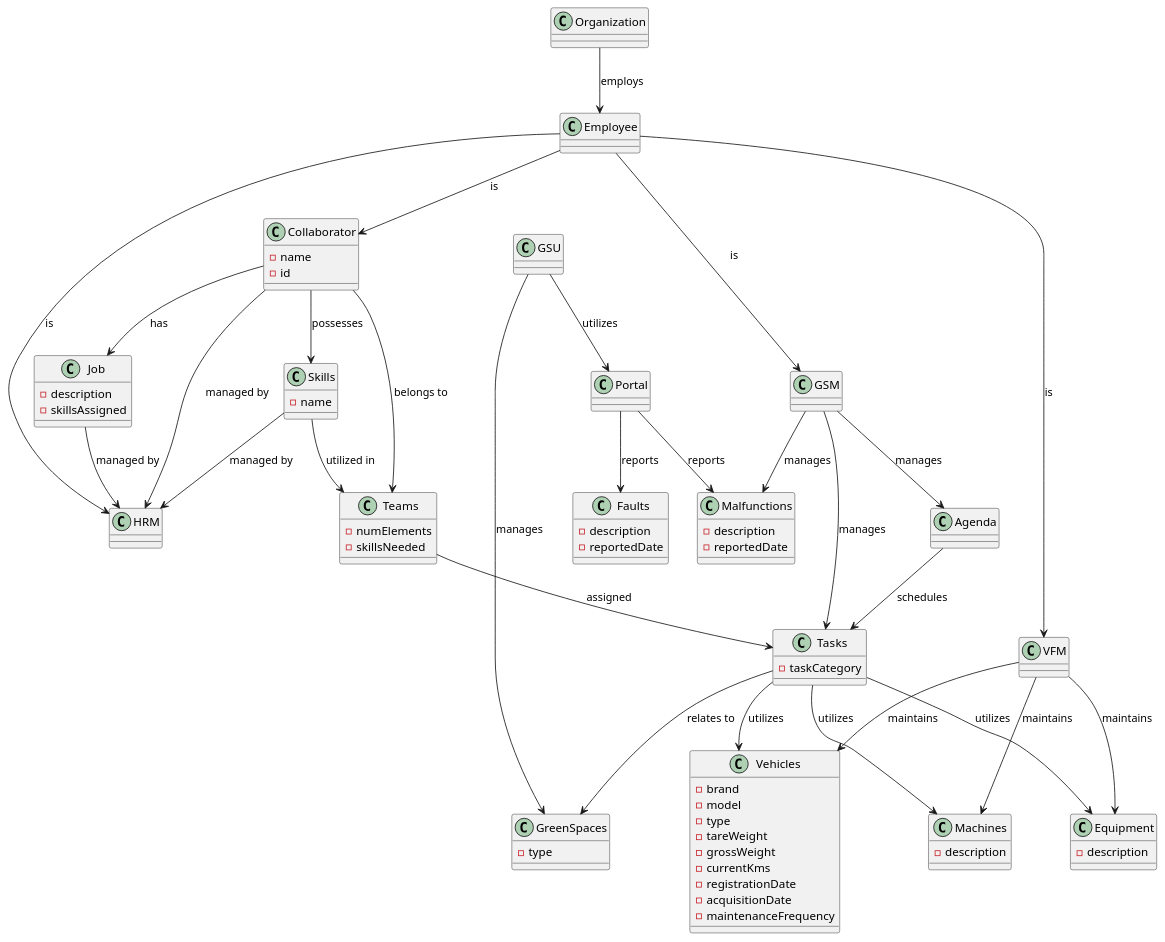
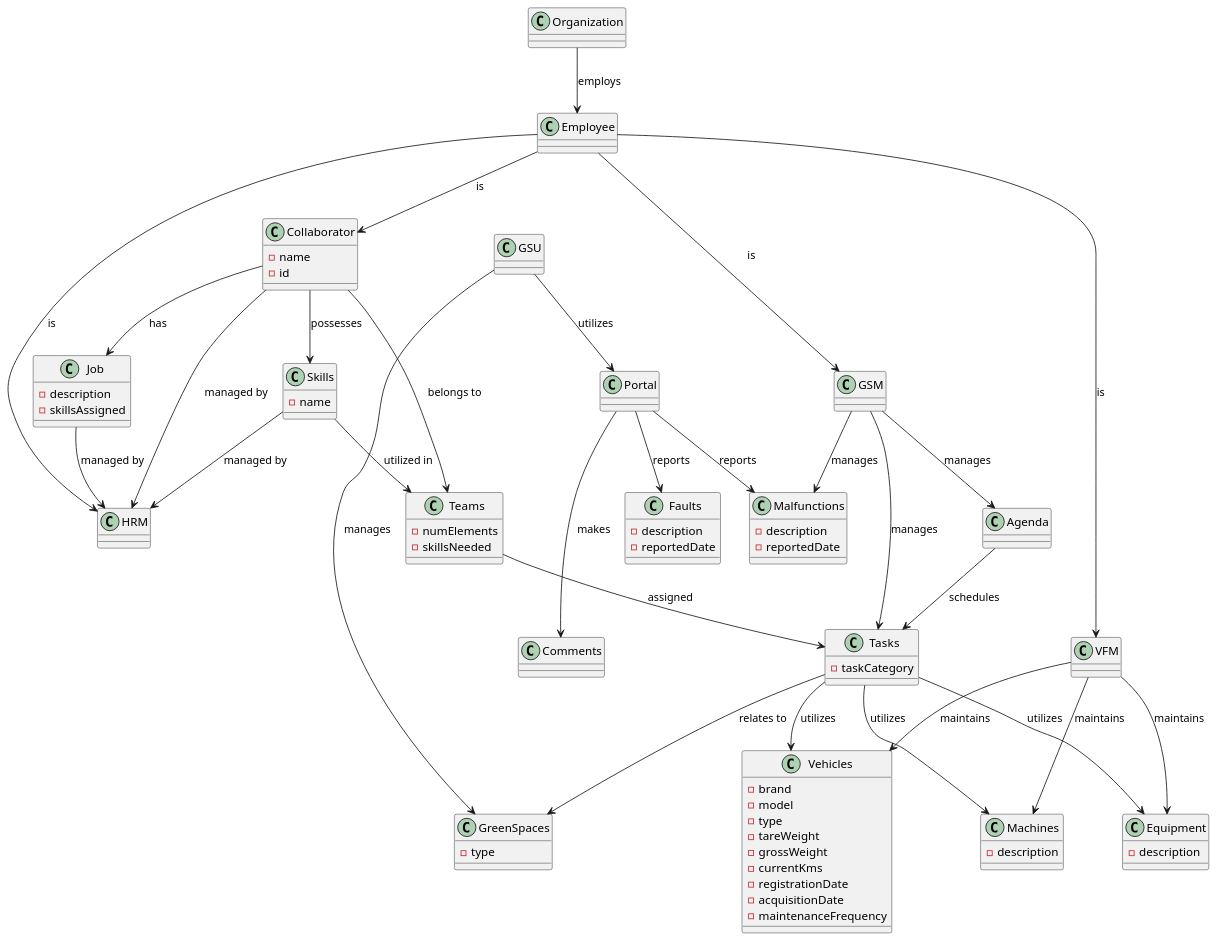
One commit to Mendoncaa/LAPR2 changed the diagram in docs/sprintA/global-artifacts/02.analysis/puml/project-domain-model.puml. Above: the diagram before and after it, drawn with PlantUML.

Commit message:
Update Domain Model in the Portal

```diff
--- a/docs/sprintA/global-artifacts/02.analysis/puml/project-domain-model.puml
+++ b/docs/sprintA/global-artifacts/02.analysis/puml/project-domain-model.puml
@@ -1,126 +1,130 @@
 @startuml
 
 
 class Organization {
 }
 
 class Employee {
 }
 
 class Collaborator {
   - name 
   - id 
 }
 
 class HRM {
 }
 
 class GSM {
 }
 
 class VFM {
 }
 
 class Job {
   - description
   - skillsAssigned
 }
 
 class Skills {
   - name 
 }
 
 class Teams {
   - numElements 
   - skillsNeeded
 }
 
 class Tasks {
   - taskCategory 
 }
 
 class Agenda {
   
 }
 
 class Malfunctions {
   - description 
   - reportedDate 
 }
 
 class GreenSpaces {
   - type 
 }
 
 class Equipment {
   - description 
 }
 
 class Vehicles {
   - brand 
   - model 
   - type 
   - tareWeight 
   - grossWeight 
   - currentKms 
   - registrationDate
   - acquisitionDate 
   - maintenanceFrequency 
 }
 
 class Machines {
   - description 
 }
 
 class GSU {
 }
 
 class Portal {
 }
 
 class Faults {
   - description 
   - reportedDate
 }
 
+class Comments {
+}
+
 
 Organization --> Employee : "employs"
 
 Employee --> Collaborator : "is"
 Employee --> HRM : "is"
 Employee --> GSM : "is"
 Employee --> VFM : "is"
 
 Collaborator --> HRM : "managed by"
 Collaborator --> Job : "has"
 Collaborator --> Skills : "possesses"
 Collaborator --> Teams : "belongs to"
 
 Job --> HRM : "managed by"
 
 Skills --> HRM : "managed by"
 Skills --> Teams : "utilized in"
 
 Teams --> Tasks : "assigned"
 
 GSM --> Agenda : "manages"
 GSM --> Tasks : "manages"
 GSM --> Malfunctions : "manages"
 
 Agenda --> Tasks : "schedules"
 
 Tasks --> GreenSpaces : "relates to"
 Tasks --> Equipment : "utilizes"
 Tasks --> Vehicles : "utilizes"
 Tasks --> Machines : "utilizes"
 
 VFM --> Vehicles : "maintains"
 VFM --> Machines : "maintains"
 VFM --> Equipment : "maintains"
 
 GSU --> Portal : "utilizes"
 Portal --> Malfunctions : "reports"
 Portal --> Faults : "reports"
+Portal ---> Comments : "makes"
 GSU --> GreenSpaces : "manages"
 
 @enduml
```
